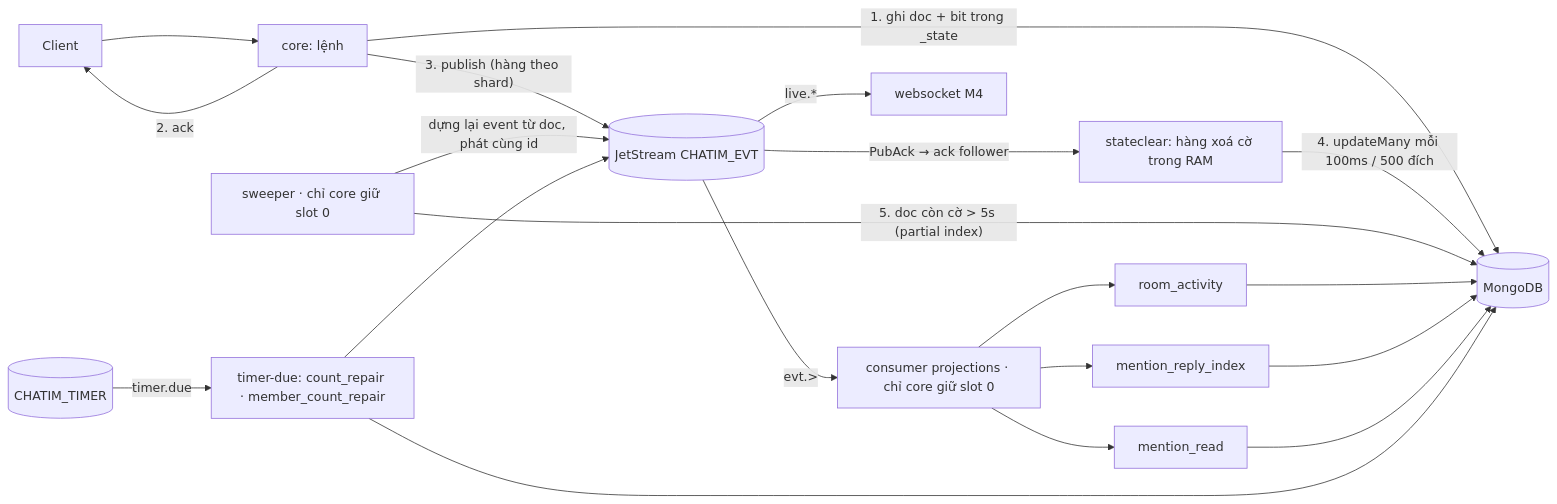
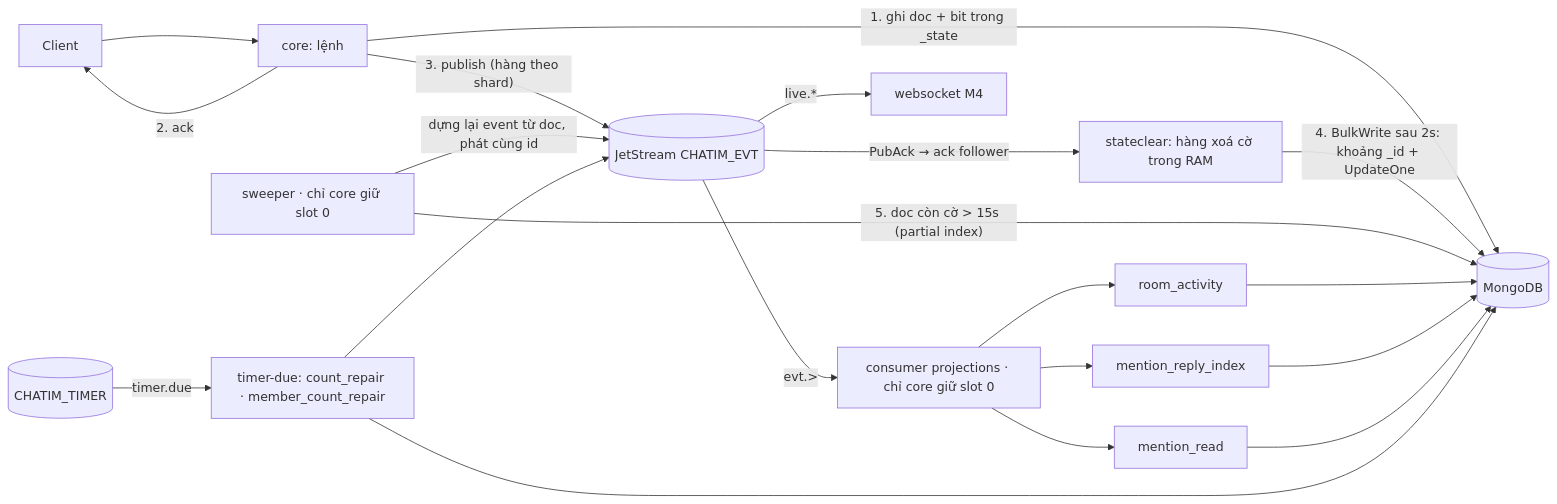
Before and after one commit to ivannguyendev/chatim: the first of 2 diagrams in docs/modules/10-feature-data-reconciliation-and-repair.md, drawn with Mermaid. The commit also changed other lines of this file and 13 other files, not shown here.

````diff
--- a/docs/modules/10-feature-data-reconciliation-and-repair.md
+++ b/docs/modules/10-feature-data-reconciliation-and-repair.md
@@ -25,18 +25,18 @@
 ```mermaid
 flowchart LR
   C[Client] --> G[core: lệnh]
   G -- "1. ghi doc + bit trong _state" --> DB[(MongoDB)]
   G -- "2. ack" --> C
   G -- "3. publish (hàng theo shard)" --> EVT[(JetStream CHATIM_EVT)]
   EVT -- "PubAck → ack follower" --> Q[stateclear: hàng xoá cờ trong RAM]
-  Q -- "4. updateMany mỗi 100ms / 500 đích" --> DB
-  S[sweeper · chỉ core giữ slot 0] -- "5. doc còn cờ > 5s (partial index)" --> DB
+  Q -- "4. BulkWrite sau 2s: khoảng _id + UpdateOne" --> DB
+  S[sweeper · chỉ core giữ slot 0] -- "5. doc còn cờ > 15s (partial index)" --> DB
   S -- "dựng lại event từ doc, phát cùng id" --> EVT
   EVT -- "evt.>" --> P[consumer projections · chỉ core giữ slot 0]
   P --> P1[room_activity] & P2[mention_reply_index] & P3[mention_read]
   P1 & P2 & P3 --> DB
   EVT -- "live.*" --> W[websocket M4]
   T[(CHATIM_TIMER)] -- timer.due --> R[timer-due: count_repair · member_count_repair]
   R --> DB
   R --> EVT
 ```
````
